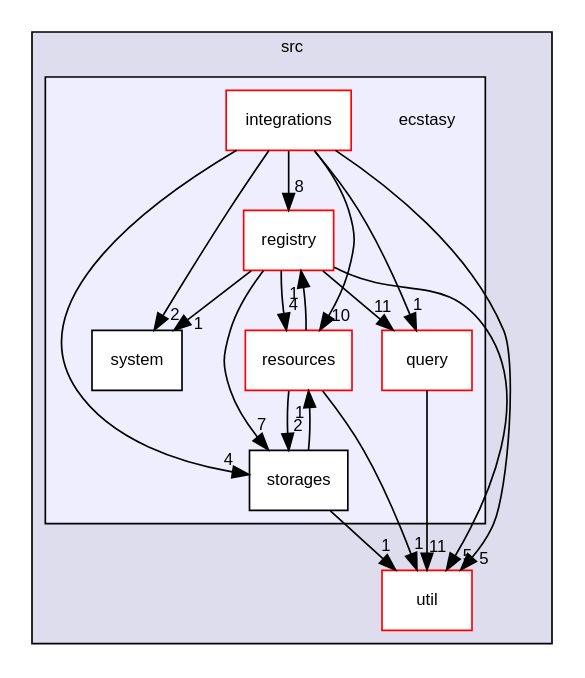
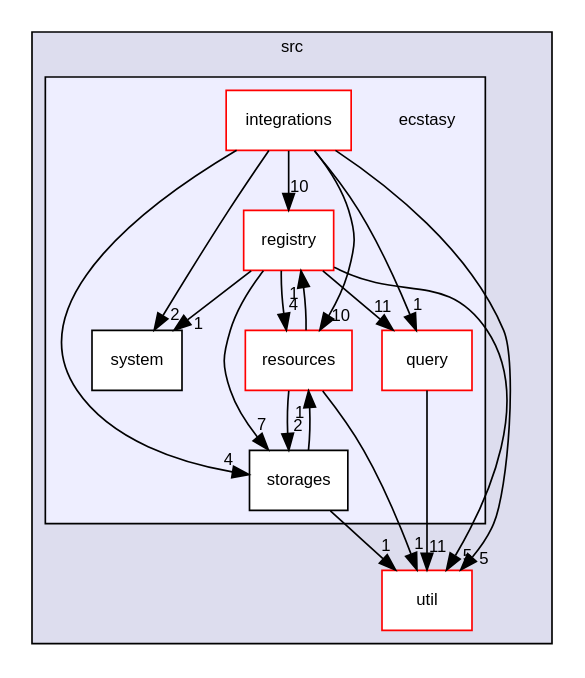
Before and after one commit to AndreasLrx/ecstasy: the diagram in dir_6b0b9537e2784bce85aaa1605580a3a0_dep.dot, drawn with Graphviz. The commit also changed 97 other files, not shown here.

```diff
--- a/dir_6b0b9537e2784bce85aaa1605580a3a0_dep.dot
+++ b/dir_6b0b9537e2784bce85aaa1605580a3a0_dep.dot
@@ -1,36 +1,36 @@
 digraph "src/ecstasy" {
   compound=true
   node [ fontsize="10", fontname="Helvetica"];
   edge [ labelfontsize="10", labelfontname="Helvetica"];
   subgraph clusterdir_68267d1309a1af8e8297ef4c3efbcdba {
     graph [ bgcolor="#ddddee", pencolor="black", label="src" fontname="Helvetica", fontsize="10", URL="dir_68267d1309a1af8e8297ef4c3efbcdba.html"]
   dir_b7878ad5ecbf2506f4125b9d34c97e45 [shape=box label="util" fillcolor="white" style="filled" color="red" URL="dir_b7878ad5ecbf2506f4125b9d34c97e45.html"];
   subgraph clusterdir_6b0b9537e2784bce85aaa1605580a3a0 {
     graph [ bgcolor="#eeeeff", pencolor="black", label="" URL="dir_6b0b9537e2784bce85aaa1605580a3a0.html"];
     dir_6b0b9537e2784bce85aaa1605580a3a0 [shape=plaintext label="ecstasy"];
   dir_f15917d6366dfa96c32563b53409824a [shape=box label="integrations" fillcolor="white" style="filled" color="red" URL="dir_f15917d6366dfa96c32563b53409824a.html"];
   dir_5392b01d02c3d4d0985a94f633790057 [shape=box label="query" fillcolor="white" style="filled" color="red" URL="dir_5392b01d02c3d4d0985a94f633790057.html"];
   dir_27d9dd95bf0309eb27f3bb61fbabadeb [shape=box label="registry" fillcolor="white" style="filled" color="red" URL="dir_27d9dd95bf0309eb27f3bb61fbabadeb.html"];
   dir_8c1a170fbd0a5283d7ed264cf6df56b3 [shape=box label="resources" fillcolor="white" style="filled" color="red" URL="dir_8c1a170fbd0a5283d7ed264cf6df56b3.html"];
   dir_4a1419ba0e8125a1fc6aeccf1492e850 [shape=box label="storages" fillcolor="white" style="filled" URL="dir_4a1419ba0e8125a1fc6aeccf1492e850.html"];
   dir_bb1f71bfffde0d1688dd5f7686f27ec6 [shape=box label="system" fillcolor="white" style="filled" URL="dir_bb1f71bfffde0d1688dd5f7686f27ec6.html"];
   }
   }
   dir_5392b01d02c3d4d0985a94f633790057->dir_b7878ad5ecbf2506f4125b9d34c97e45 [headlabel="11", labeldistance=1.5 headhref="dir_000011_000026.html"];
   dir_4a1419ba0e8125a1fc6aeccf1492e850->dir_8c1a170fbd0a5283d7ed264cf6df56b3 [headlabel="1", labeldistance=1.5 headhref="dir_000020_000018.html"];
   dir_4a1419ba0e8125a1fc6aeccf1492e850->dir_b7878ad5ecbf2506f4125b9d34c97e45 [headlabel="1", labeldistance=1.5 headhref="dir_000020_000026.html"];
-  dir_f15917d6366dfa96c32563b53409824a->dir_27d9dd95bf0309eb27f3bb61fbabadeb [headlabel="8", labeldistance=1.5 headhref="dir_000002_000015.html"];
+  dir_f15917d6366dfa96c32563b53409824a->dir_27d9dd95bf0309eb27f3bb61fbabadeb [headlabel="10", labeldistance=1.5 headhref="dir_000002_000015.html"];
   dir_f15917d6366dfa96c32563b53409824a->dir_4a1419ba0e8125a1fc6aeccf1492e850 [headlabel="4", labeldistance=1.5 headhref="dir_000002_000020.html"];
   dir_f15917d6366dfa96c32563b53409824a->dir_5392b01d02c3d4d0985a94f633790057 [headlabel="1", labeldistance=1.5 headhref="dir_000002_000011.html"];
   dir_f15917d6366dfa96c32563b53409824a->dir_8c1a170fbd0a5283d7ed264cf6df56b3 [headlabel="10", labeldistance=1.5 headhref="dir_000002_000018.html"];
   dir_f15917d6366dfa96c32563b53409824a->dir_b7878ad5ecbf2506f4125b9d34c97e45 [headlabel="5", labeldistance=1.5 headhref="dir_000002_000026.html"];
   dir_f15917d6366dfa96c32563b53409824a->dir_bb1f71bfffde0d1688dd5f7686f27ec6 [headlabel="2", labeldistance=1.5 headhref="dir_000002_000025.html"];
   dir_8c1a170fbd0a5283d7ed264cf6df56b3->dir_27d9dd95bf0309eb27f3bb61fbabadeb [headlabel="1", labeldistance=1.5 headhref="dir_000018_000015.html"];
   dir_8c1a170fbd0a5283d7ed264cf6df56b3->dir_4a1419ba0e8125a1fc6aeccf1492e850 [headlabel="2", labeldistance=1.5 headhref="dir_000018_000020.html"];
   dir_8c1a170fbd0a5283d7ed264cf6df56b3->dir_b7878ad5ecbf2506f4125b9d34c97e45 [headlabel="1", labeldistance=1.5 headhref="dir_000018_000026.html"];
   dir_27d9dd95bf0309eb27f3bb61fbabadeb->dir_4a1419ba0e8125a1fc6aeccf1492e850 [headlabel="7", labeldistance=1.5 headhref="dir_000015_000020.html"];
   dir_27d9dd95bf0309eb27f3bb61fbabadeb->dir_5392b01d02c3d4d0985a94f633790057 [headlabel="11", labeldistance=1.5 headhref="dir_000015_000011.html"];
   dir_27d9dd95bf0309eb27f3bb61fbabadeb->dir_8c1a170fbd0a5283d7ed264cf6df56b3 [headlabel="4", labeldistance=1.5 headhref="dir_000015_000018.html"];
   dir_27d9dd95bf0309eb27f3bb61fbabadeb->dir_b7878ad5ecbf2506f4125b9d34c97e45 [headlabel="5", labeldistance=1.5 headhref="dir_000015_000026.html"];
   dir_27d9dd95bf0309eb27f3bb61fbabadeb->dir_bb1f71bfffde0d1688dd5f7686f27ec6 [headlabel="1", labeldistance=1.5 headhref="dir_000015_000025.html"];
 }
```
